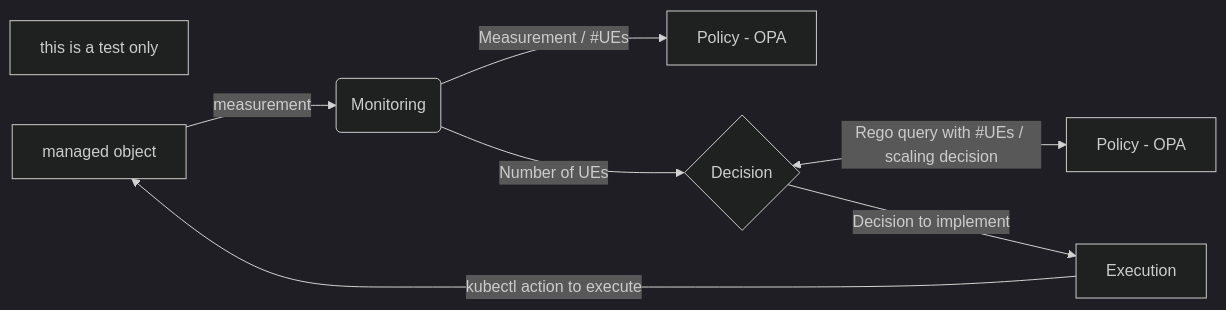
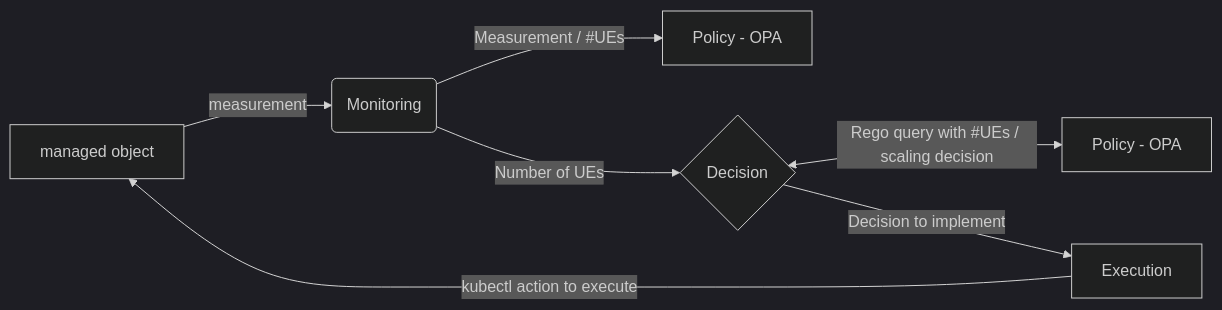
The diagram in README2.md (dbursztynowski/cl_demo), drawn with Mermaid (dark theme) before and after one commit.

````diff
--- a/README2.md
+++ b/README2.md
@@ -7,11 +7,9 @@
 ```mermaid
 flowchart LR
-
-I[this is a test only]
 M[managed object] -->|measurement| A(Monitoring)
 A -->|Measurement / #UEs| P[Policy - OPA]
 A -->|Number of UEs| B{Decision}
 B <-->|Rego query with #UEs / scaling decision| C[Policy - OPA]
 B -->|Decision to implement| D[Execution]
 D -->|kubectl action to execute| M
 ```
````
